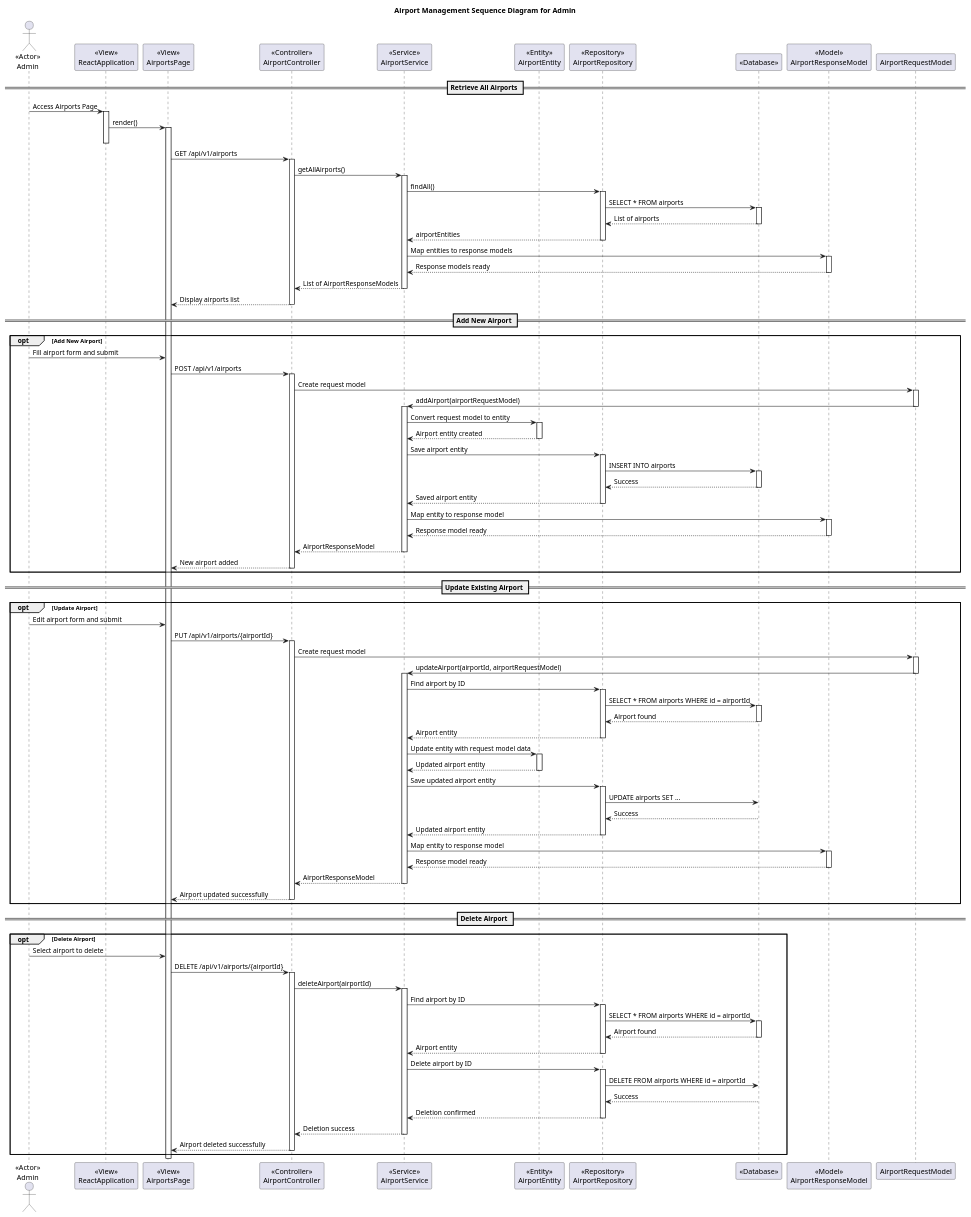
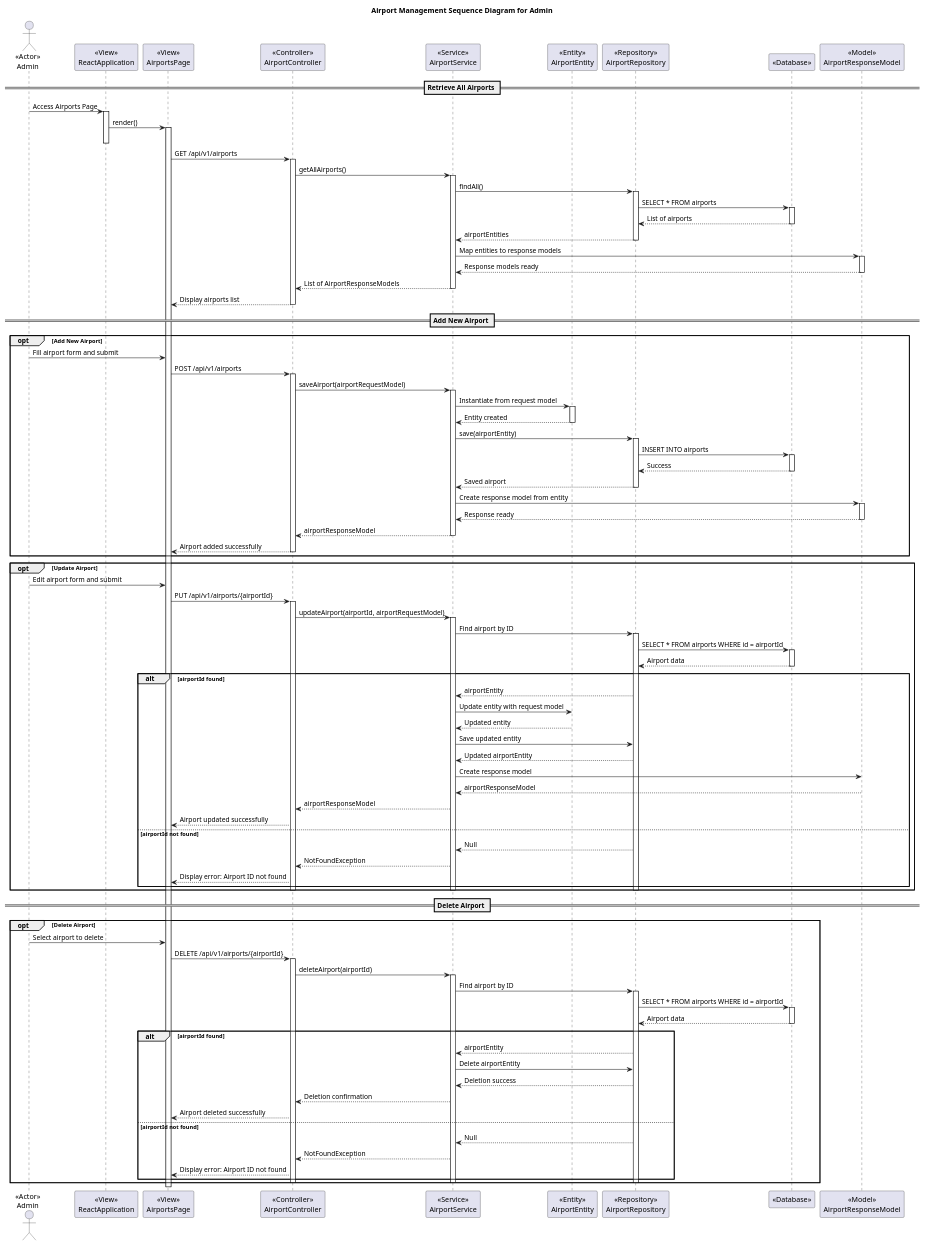
The diagram in diagrams/Sprint2/Design_Level_Sequence_Diagrams/Airport/Design_Level_Sequence_Diagram_Admin.puml (Hares-2088/TravelTrove), drawn with PlantUML before and after one commit. The commit also changed 4 other files, not shown here.

Commit message:
Diagrams

```diff
--- a/diagrams/Sprint2/Design_Level_Sequence_Diagrams/Airport/Design_Level_Sequence_Diagram_Admin.puml
+++ b/diagrams/Sprint2/Design_Level_Sequence_Diagrams/Airport/Design_Level_Sequence_Diagram_Admin.puml
@@ -1,166 +1,155 @@
 @startuml
 title Airport Management Sequence Diagram for Admin
 
 actor Admin as "<<Actor>>\nAdmin"
 
 participant ReactApplication as "<<View>>\nReactApplication"
 participant AirportsPage as "<<View>>\nAirportsPage"
 participant AirportController as "<<Controller>>\nAirportController"
 participant AirportService as "<<Service>>\nAirportService"
 participant AirportEntity as "<<Entity>>\nAirportEntity"
 participant AirportRepository as "<<Repository>>\nAirportRepository"
 participant Database as "<<Database>>"
 participant AirportResponseModel as "<<Model>>\nAirportResponseModel"
 
 == Retrieve All Airports ==
 Admin -> ReactApplication : Access Airports Page
 activate ReactApplication
 
 ReactApplication -> AirportsPage : render()
 activate AirportsPage
 deactivate ReactApplication
 
 AirportsPage -> AirportController : GET /api/v1/airports
 activate AirportController
 
 AirportController -> AirportService : getAllAirports()
 activate AirportService
 
 AirportService -> AirportRepository : findAll()
 activate AirportRepository
 
 AirportRepository -> Database : SELECT * FROM airports
 activate Database
 Database --> AirportRepository : List of airports
 deactivate Database
 
 AirportRepository --> AirportService : airportEntities
 deactivate AirportRepository
 
 AirportService -> AirportResponseModel : Map entities to response models
 activate AirportResponseModel
 AirportResponseModel --> AirportService : Response models ready
 deactivate AirportResponseModel
 
 AirportService --> AirportController : List of AirportResponseModels
 deactivate AirportService
 
 AirportController --> AirportsPage : Display airports list
 deactivate AirportController
 
-
 == Add New Airport ==
 opt Add New Airport
     Admin -> AirportsPage : Fill airport form and submit
     AirportsPage -> AirportController : POST /api/v1/airports
     activate AirportController
 
-    AirportController -> AirportRequestModel : Create request model
-    activate AirportRequestModel
-    AirportRequestModel -> AirportService : addAirport(airportRequestModel)
-    deactivate AirportRequestModel
+    AirportController -> AirportService : saveAirport(airportRequestModel)
     activate AirportService
 
-    AirportService -> AirportEntity : Convert request model to entity
+    AirportService -> AirportEntity : Instantiate from request model
     activate AirportEntity
-    AirportEntity --> AirportService : Airport entity created
+    AirportEntity --> AirportService : Entity created
     deactivate AirportEntity
 
-    AirportService -> AirportRepository : Save airport entity
+    AirportService -> AirportRepository : save(airportEntity)
     activate AirportRepository
     AirportRepository -> Database : INSERT INTO airports
     activate Database
     Database --> AirportRepository : Success
     deactivate Database
-    AirportRepository --> AirportService : Saved airport entity
+    AirportRepository --> AirportService : Saved airport
     deactivate AirportRepository
 
-    AirportService -> AirportResponseModel : Map entity to response model
+    AirportService -> AirportResponseModel : Create response model from entity
     activate AirportResponseModel
-    AirportResponseModel --> AirportService : Response model ready
+    AirportResponseModel --> AirportService : Response ready
     deactivate AirportResponseModel
 
-    AirportService --> AirportController : AirportResponseModel
+    AirportService --> AirportController : airportResponseModel
     deactivate AirportService
-    AirportController --> AirportsPage : New airport added
+    AirportController --> AirportsPage : Airport added successfully
     deactivate AirportController
 end
 
-== Update Existing Airport ==
 opt Update Airport
     Admin -> AirportsPage : Edit airport form and submit
     AirportsPage -> AirportController : PUT /api/v1/airports/{airportId}
     activate AirportController
 
-    AirportController -> AirportRequestModel : Create request model
-    activate AirportRequestModel
-    AirportRequestModel -> AirportService : updateAirport(airportId, airportRequestModel)
-    deactivate AirportRequestModel
+    AirportController -> AirportService : updateAirport(airportId, airportRequestModel)
     activate AirportService
 
     AirportService -> AirportRepository : Find airport by ID
     activate AirportRepository
     AirportRepository -> Database : SELECT * FROM airports WHERE id = airportId
     activate Database
-    Database --> AirportRepository : Airport found
+    Database --> AirportRepository : Airport data
     deactivate Database
-    AirportRepository --> AirportService : Airport entity
+
+    alt airportId found
+        AirportRepository --> AirportService : airportEntity
+        AirportService -> AirportEntity : Update entity with request model
+        AirportEntity --> AirportService : Updated entity
+        AirportService -> AirportRepository : Save updated entity
+        AirportRepository --> AirportService : Updated airportEntity
+        AirportService -> AirportResponseModel : Create response model
+        AirportResponseModel --> AirportService : airportResponseModel
+        AirportService --> AirportController : airportResponseModel
+        AirportController --> AirportsPage : Airport updated successfully
+    else airportId not found
+        AirportRepository --> AirportService : Null
+        AirportService --> AirportController : NotFoundException
+        AirportController --> AirportsPage : Display error: Airport ID not found
+    end
     deactivate AirportRepository
-
-    AirportService -> AirportEntity : Update entity with request model data
-    activate AirportEntity
-    AirportEntity --> AirportService : Updated airport entity
-    deactivate AirportEntity
-
-    AirportService -> AirportRepository : Save updated airport entity
-    activate AirportRepository
-    AirportRepository -> Database : UPDATE airports SET ...
-    Database --> AirportRepository : Success
-    deactivate Database
-    AirportRepository --> AirportService : Updated airport entity
-    deactivate AirportRepository
-
-    AirportService -> AirportResponseModel : Map entity to response model
-    activate AirportResponseModel
-    AirportResponseModel --> AirportService : Response model ready
-    deactivate AirportResponseModel
-
-    AirportService --> AirportController : AirportResponseModel
     deactivate AirportService
-    AirportController --> AirportsPage : Airport updated successfully
     deactivate AirportController
 end
+
+
 
 == Delete Airport ==
 opt Delete Airport
     Admin -> AirportsPage : Select airport to delete
     AirportsPage -> AirportController : DELETE /api/v1/airports/{airportId}
     activate AirportController
 
     AirportController -> AirportService : deleteAirport(airportId)
     activate AirportService
 
     AirportService -> AirportRepository : Find airport by ID
     activate AirportRepository
     AirportRepository -> Database : SELECT * FROM airports WHERE id = airportId
     activate Database
-    Database --> AirportRepository : Airport found
+    Database --> AirportRepository : Airport data
     deactivate Database
-    AirportRepository --> AirportService : Airport entity
+
+    alt airportId found
+        AirportRepository --> AirportService : airportEntity
+        AirportService -> AirportRepository : Delete airportEntity
+        AirportRepository --> AirportService : Deletion success
+        AirportService --> AirportController : Deletion confirmation
+        AirportController --> AirportsPage : Airport deleted successfully
+    else airportId not found
+        AirportRepository --> AirportService : Null
+        AirportService --> AirportController : NotFoundException
+        AirportController --> AirportsPage : Display error: Airport ID not found
+    end
     deactivate AirportRepository
-
-    AirportService -> AirportRepository : Delete airport by ID
-    activate AirportRepository
-    AirportRepository -> Database : DELETE FROM airports WHERE id = airportId
-    Database --> AirportRepository : Success
-    deactivate Database
-    AirportRepository --> AirportService : Deletion confirmed
-    deactivate AirportRepository
-
-    AirportService --> AirportController : Deletion success
     deactivate AirportService
-    AirportController --> AirportsPage : Airport deleted successfully
     deactivate AirportController
 end
 
+
 @enduml
```
